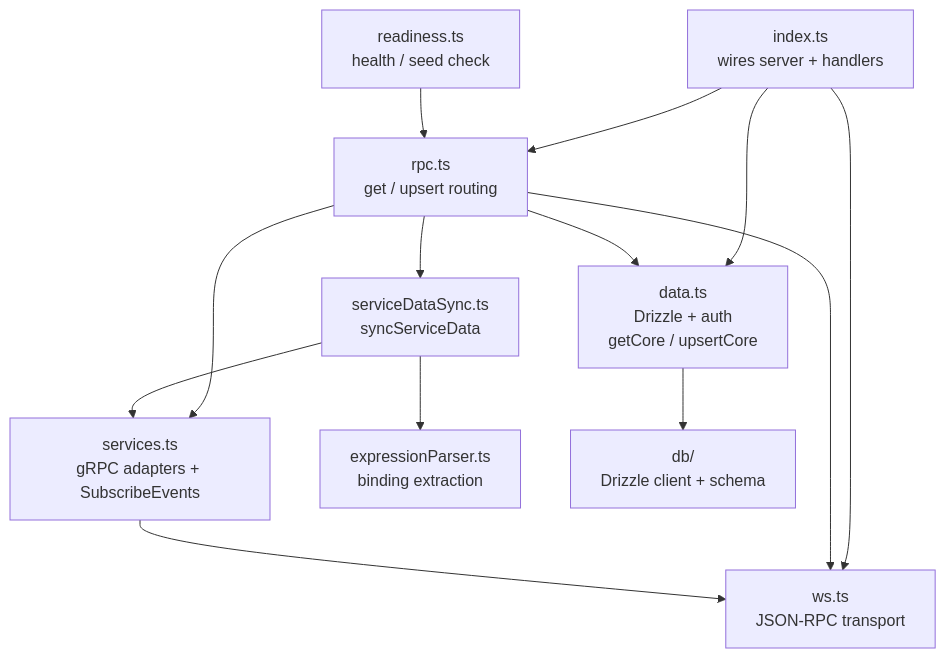
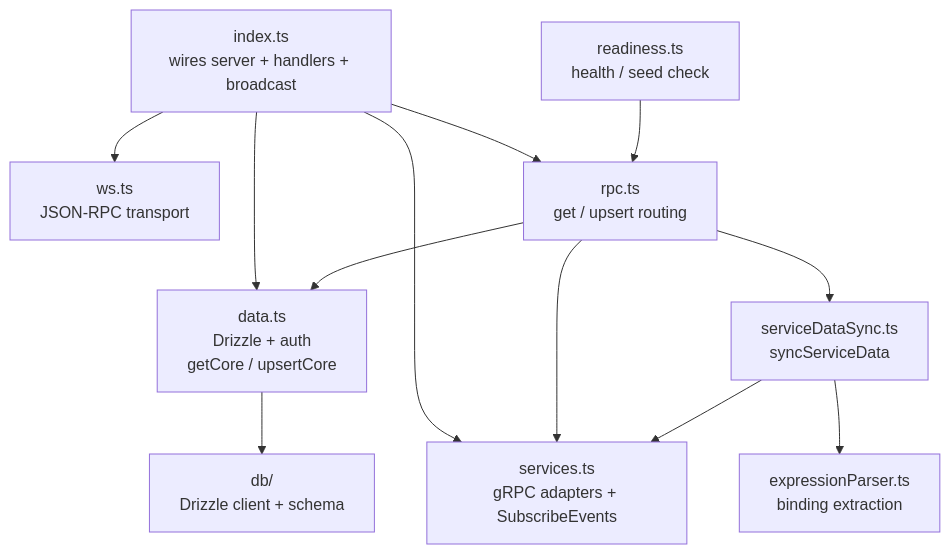
Before and after one commit to EVY-Platform/evy: the third of 3 diagrams in api/README.md, drawn with Mermaid. The commit also changed other lines of this file and 9 other files, not shown here.

First line of the commit message:
[REFACTOR] Update architecture diagrams (#178)

````diff
--- a/api/README.md
+++ b/api/README.md
@@ -94,25 +96,24 @@
 ```mermaid
 flowchart TD
-    index[index.ts<br/>wires server + handlers]
+    index[index.ts<br/>wires server + handlers + broadcast]
     ws[ws.ts<br/>JSON-RPC transport]
     rpc[rpc.ts<br/>get / upsert routing]
     data[data.ts<br/>Drizzle + auth<br/>getCore / upsertCore]
     services[services.ts<br/>gRPC adapters + SubscribeEvents]
     serviceDataSync[serviceDataSync.ts<br/>syncServiceData]
     expressionParser[expressionParser.ts<br/>binding extraction]
     readiness[readiness.ts<br/>health / seed check]
     db[db/<br/>Drizzle client + schema]
 
     index --> ws
     index --> rpc
     index --> data
+    index --> services
     rpc --> data
     rpc --> services
     rpc --> serviceDataSync
-    rpc --> ws
     serviceDataSync --> services
     serviceDataSync --> expressionParser
-    services --> ws
     data --> db
     readiness --> rpc
 ```
````
